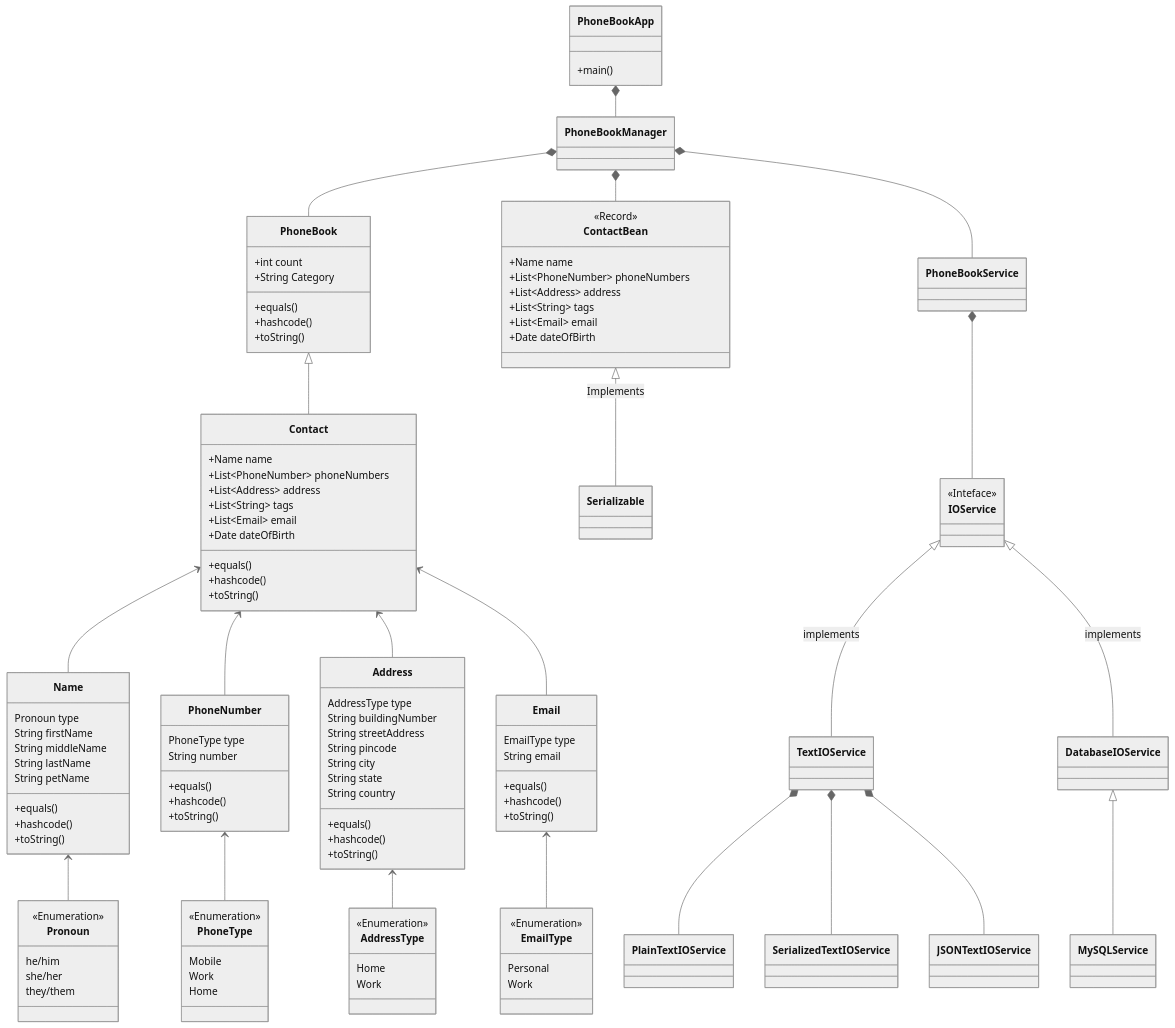
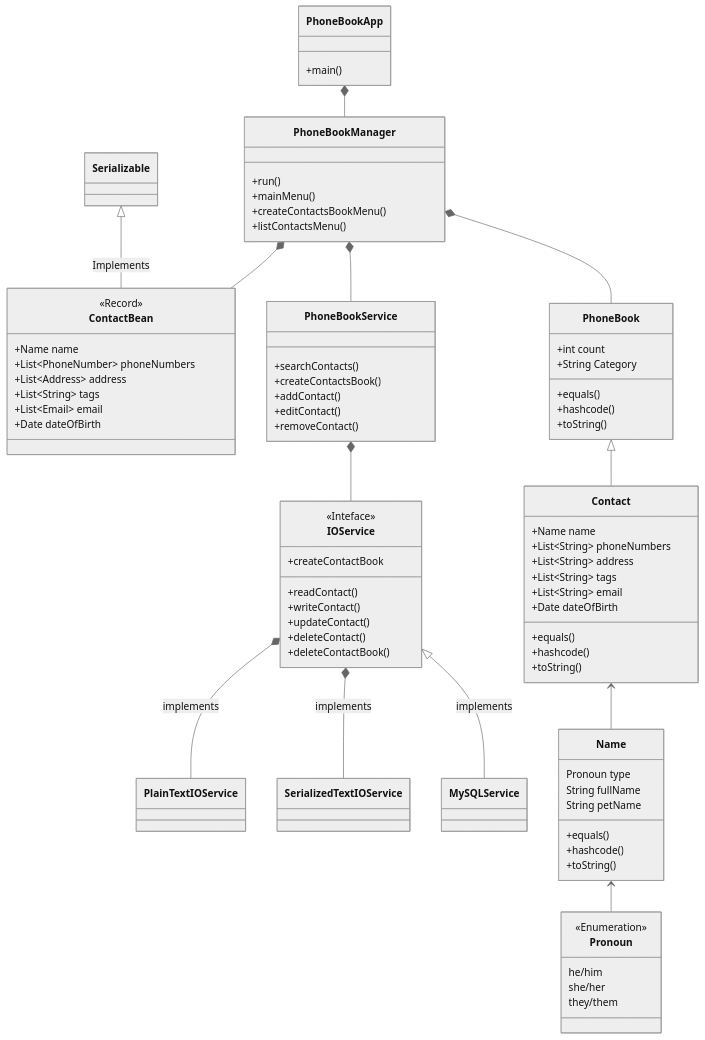
Before and after one commit to mariojoshua/PhoneBookApp_Java: the diagram in design docs/classDiagram.md, drawn with Mermaid (neutral theme).

Commit message:
- Added new Object Files as per UML - Changed Try to TWR blocks - Added New Service Classes to UML - Simplified Object Model to requirements

````diff
--- a/design docs/classDiagram.md
+++ b/design docs/classDiagram.md
@@ -5,26 +5,36 @@
     PhoneBookManager *-- ContactBean
     PhoneBookManager *-- PhoneBook
     PhoneBookManager *-- PhoneBookService
+    class PhoneBookApp {
+        +main()
+    }
+    class PhoneBookManager {
+        +run()
+        +mainMenu()
+        +createContactsBookMenu()
+        +listContactsMenu()
+    }
     class PhoneBookService {
-
+        +searchContacts()
+        +createContactsBook()
+        +addContact()
+        +editContact()
+        +removeContact() 
     }
     PhoneBookService *-- IOService
     class IOService {
         <<Inteface>>
-    }
-    IOService <|-- TextIOService : implements
-    IOService <|-- DatabaseIOService : implements
-    TextIOService *-- PlainTextIOService
-    TextIOService *-- SerializedTextIOService
-    TextIOService *-- JSONTextIOService
-    DatabaseIOService <|-- MySQLService
-    class TextIOService {
-
+        +readContact()
+        +writeContact()
+        +updateContact()
+        +createContactBook
+        +deleteContact()
+        +deleteContactBook()
     }
 
-    class DatabaseIOService {
-
-    }
+    IOService *-- PlainTextIOService : implements
+    IOService *-- SerializedTextIOService : implements
+    IOService <|-- MySQLService : implements
 
     class PlainTextIOService {
 
@@ -32,17 +42,10 @@
     class SerializedTextIOService {
 
     }
-    class JSONTextIOService {
-
-    }
-    class DatabaseIOService {
+    class MySQLService {
 
     }
 
-    
-    class PhoneBookApp {
-        +main()
-    }
     class ContactBean {
         <<Record>>
         +Name name
@@ -52,7 +55,7 @@
         +List~Email~ email 
         +Date dateOfBirth
     }
-    ContactBean <|-- Serializable : Implements
+    Serializable <|-- ContactBean: Implements
     PhoneBook <|-- Contact
     PhoneBook : +int count
     PhoneBook : +String Category
@@ -61,15 +64,12 @@
     PhoneBook: +toString()
  
     Contact <-- Name
-    Contact <-- PhoneNumber
-    Contact <-- Address
-    Contact <-- Email
     class Contact{
         +Name name
-        +List~PhoneNumber~ phoneNumbers
-        +List~Address~ address 
+        +List~String~ phoneNumbers
+        +List~String~ address 
         +List~String~ tags 
-        +List~Email~ email 
+        +List~String~ email 
         +Date dateOfBirth
         +equals()
         +hashcode()
@@ -77,9 +77,7 @@
     }
     class Name {
         Pronoun type
-        String firstName
-        String middleName
-        String lastName
+        String fullName
         String petName
         +equals()
         +hashcode()
@@ -92,49 +90,5 @@
         she/her
         they/them
     }
-    class PhoneNumber {
-        PhoneType type
-        String number
-        +equals()
-        +hashcode()
-        +toString()
-    }
-    PhoneNumber <-- PhoneType
-    class PhoneType {
-        <<Enumeration>>
-        Mobile
-        Work
-        Home
-    }
-    class Email {
-        EmailType type
-        String email
-        +equals()
-        +hashcode()
-        +toString()
-    }
-    Email <-- EmailType
-    class EmailType {
-        <<Enumeration>>
-        Personal
-        Work
-    }
-    class Address{
-        AddressType type
-        String buildingNumber 
-        String streetAddress 
-        String pincode 
-        String city 
-        String state 
-        String country 
-        +equals()
-        +hashcode()
-        +toString()
-    }
-    Address <-- AddressType
-    class AddressType {
-        <<Enumeration>>
-        Home
-        Work
-    }
+
 ```    
````
